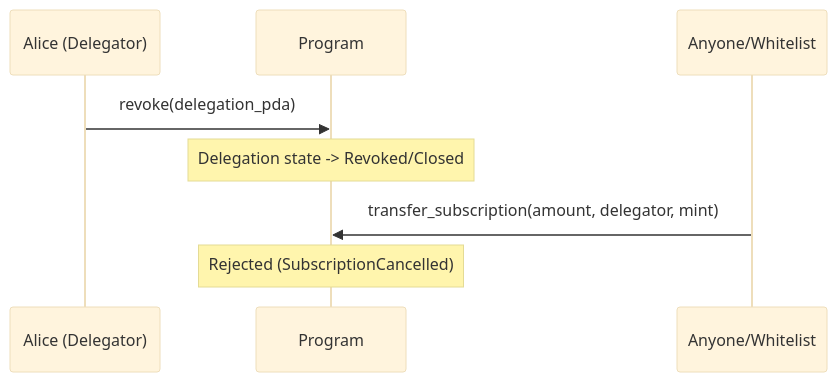
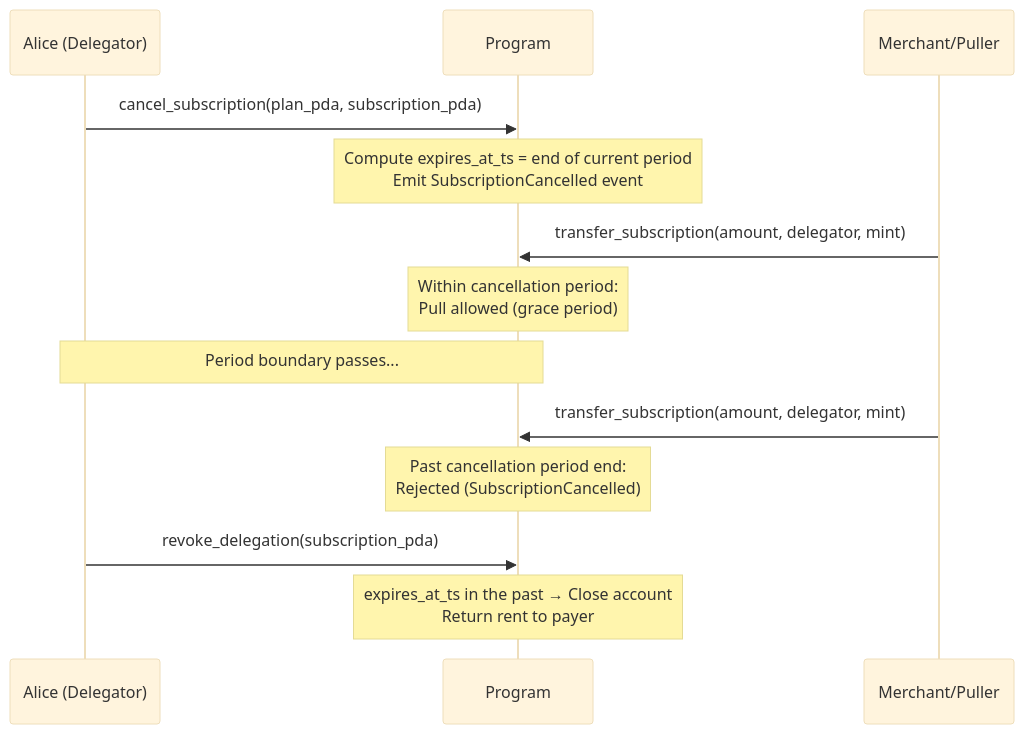
The fifth of 6 diagrams in docs/002-subscriptions-architecture.md (solana-program/multi-delegator), drawn with Mermaid (base theme) before and after one commit. The commit also changed other lines of this file and 21 other files, not shown here.

First line of the commit message:
feat: subscribe, cancel subscription, and fix duplicate subscribe (#77)

````diff
--- a/docs/002-subscriptions-architecture.md
+++ b/docs/002-subscriptions-architecture.md
@@ -468,12 +501,20 @@
 ```mermaid
 sequenceDiagram
     participant D as Alice (Delegator)
     participant P as Program
-    participant X as Anyone/Whitelist
+    participant X as Merchant/Puller
 
-    D->>P: revoke(delegation_pda)
-    Note over P: Delegation state -> Revoked/Closed
+    D->>P: cancel_subscription(plan_pda, subscription_pda)
+    Note over P: Compute expires_at_ts = end of current period<br/>Emit SubscriptionCancelled event
 
     X->>P: transfer_subscription(amount, delegator, mint)
-    Note over P: Rejected (SubscriptionCancelled)
+    Note over P: Within cancellation period:<br/>Pull allowed (grace period)
+
+    Note over D,P: Period boundary passes...
+
+    X->>P: transfer_subscription(amount, delegator, mint)
+    Note over P: Past cancellation period end:<br/>Rejected (SubscriptionCancelled)
+
+    D->>P: revoke_delegation(subscription_pda)
+    Note over P: expires_at_ts in the past → Close account<br/>Return rent to payer
 ```
````
